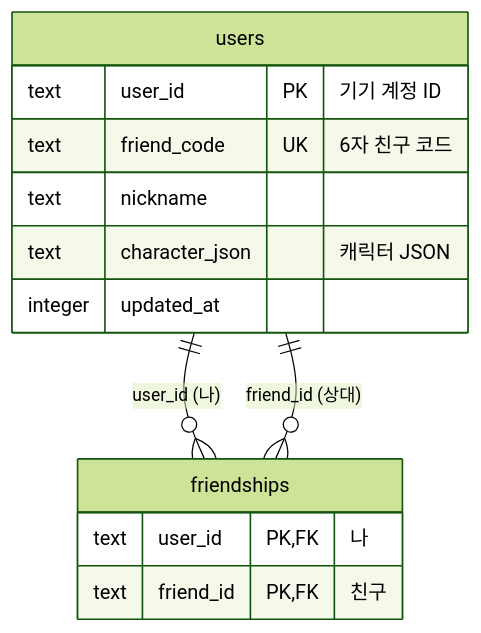
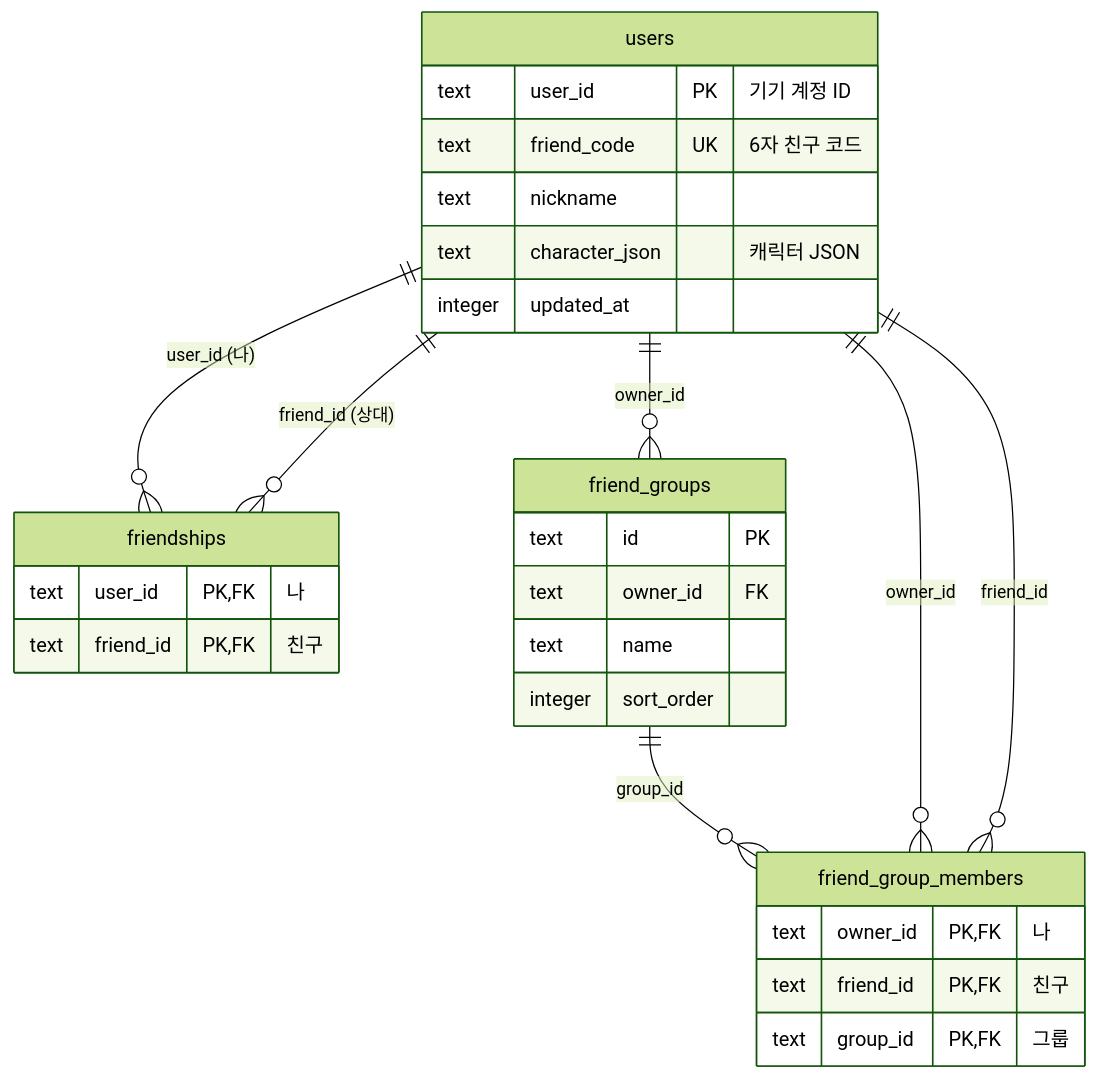
The diagram in README.md (aaahyesu/MoniBuddy), drawn with Mermaid (forest theme) before and after one commit. The commit also changed other lines of this file and 12 other files, not shown here.

````diff
--- a/README.md
+++ b/README.md
@@ -62,18 +63,35 @@
 ```mermaid
 erDiagram
   users ||--o{ friendships : "user_id (나)"
   users ||--o{ friendships : "friend_id (상대)"
+  users ||--o{ friend_groups : "owner_id"
+  friend_groups ||--o{ friend_group_members : "group_id"
+  users ||--o{ friend_group_members : "owner_id"
+  users ||--o{ friend_group_members : "friend_id"
 
   users {
     text user_id PK "기기 계정 ID"
     text friend_code UK "6자 친구 코드"
     text nickname
     text character_json "캐릭터 JSON"
     integer updated_at
   }
 
   friendships {
     text user_id PK,FK "나"
     text friend_id PK,FK "친구"
   }
+
+  friend_groups {
+    text id PK
+    text owner_id FK
+    text name
+    integer sort_order
+  }
+
+  friend_group_members {
+    text owner_id PK,FK "나"
+    text friend_id PK,FK "친구"
+    text group_id PK,FK "그룹"
+  }
 ```
````
